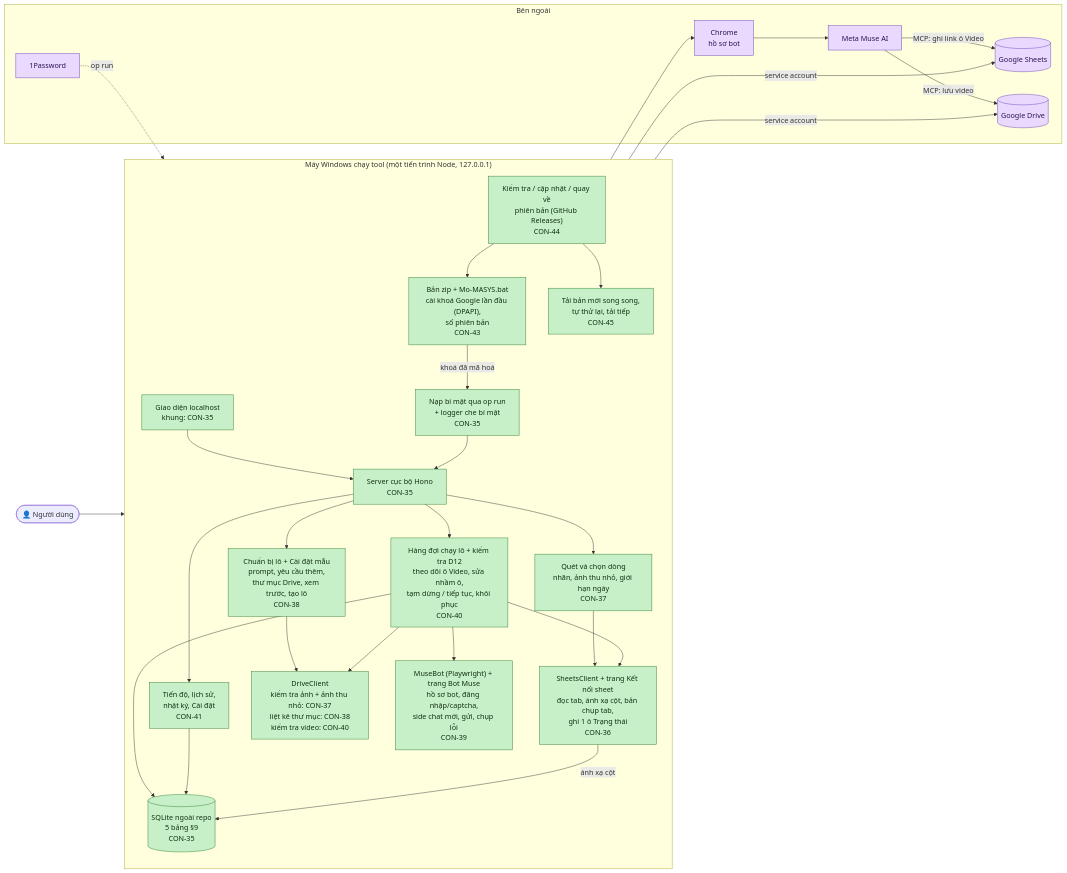
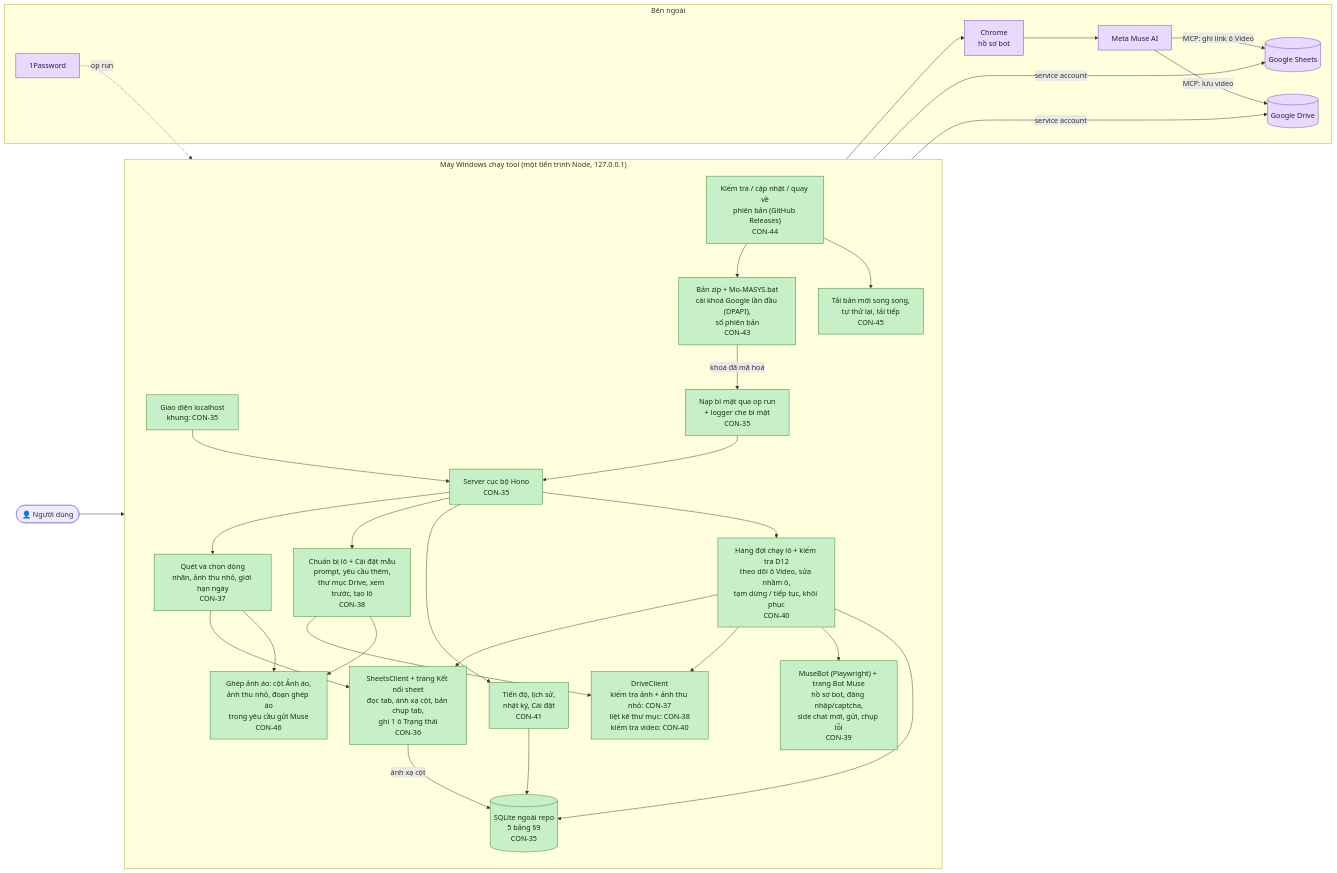
One commit to Bach1711/MASYS-VIDEO-GENERATOR changed the diagram in TIEN-DO.md. Above: the diagram before and after it, drawn with Mermaid. The commit also changed other lines of this file and 26 other files, not shown here.

First line of the commit message:
CON-46: v1.1.0 — ghép ảnh áo vào ảnh người mẫu rồi tạo video (#14)

````diff
--- a/TIEN-DO.md
+++ b/TIEN-DO.md
@@ -17,66 +17,70 @@
 ```mermaid
 flowchart LR
     user(["👤 Người dùng"])
 
     subgraph PC["Máy Windows chạy tool (một tiến trình Node, 127.0.0.1)"]
         direction TB
         ui["Giao diện localhost<br/>khung: CON-35"]
         server["Server cục bộ Hono<br/>CON-35"]
         secrets["Nạp bí mật qua op run<br/>+ logger che bí mật<br/>CON-35"]
         db[("SQLite ngoài repo<br/>5 bảng §9<br/>CON-35")]
 
         sheet["SheetsClient + trang Kết nối sheet<br/>đọc tab, ánh xạ cột, bản chụp tab,<br/>ghi 1 ô Trạng thái<br/>CON-36"]
         scan["Quét và chọn dòng<br/>nhãn, ảnh thu nhỏ, giới hạn ngày<br/>CON-37"]
         editor["Chuẩn bị lô + Cài đặt mẫu<br/>prompt, yêu cầu thêm,<br/>thư mục Drive, xem trước, tạo lô<br/>CON-38"]
         bot["MuseBot (Playwright) + trang Bot Muse<br/>hồ sơ bot, đăng nhập/captcha,<br/>side chat mới, gửi, chụp lỗi<br/>CON-39"]
         queue["Hàng đợi chạy lô + kiểm tra D12<br/>theo dõi ô Video, sửa nhầm ô,<br/>tạm dừng / tiếp tục, khôi phục<br/>CON-40"]
         drive["DriveClient<br/>kiểm tra ảnh + ảnh thu nhỏ: CON-37<br/>liệt kê thư mục: CON-38<br/>kiểm tra video: CON-40"]
         progress["Tiến độ, lịch sử,<br/>nhật ký, Cài đặt<br/>CON-41"]
         pack["Bản zip + Mo-MASYS.bat<br/>cài khoá Google lần đầu (DPAPI),<br/>số phiên bản<br/>CON-43"]
         update["Kiểm tra / cập nhật / quay về<br/>phiên bản (GitHub Releases)<br/>CON-44"]
         download["Tải bản mới song song,<br/>tự thử lại, tải tiếp<br/>CON-45"]
+        shirt["Ghép ảnh áo: cột Ảnh áo,<br/>ảnh thu nhỏ, đoạn ghép áo<br/>trong yêu cầu gửi Muse<br/>CON-46"]
     end
 
     subgraph EXT["Bên ngoài"]
         gsheets[("Google Sheets")]
         gdrive[("Google Drive")]
         chrome["Chrome<br/>hồ sơ bot"]
         muse["Meta Muse AI"]
         op["1Password"]
     end
 
     user --> ui --> server
     server --> scan & editor & progress
     scan --> sheet
     editor --> drive
     server --> queue
     queue --> sheet & drive & bot
     queue --> db
     progress --> db
     sheet -- "ánh xạ cột" --> db
     sheet -- "service account" --> gsheets
     drive -- "service account" --> gdrive
     bot --> chrome --> muse
     muse -- "MCP: lưu video" --> gdrive
     muse -- "MCP: ghi link ô Video" --> gsheets
     op -. "op run" .-> secrets --> server
     pack -- "khoá đã mã hoá" --> secrets
     update --> pack
     update --> download
+    scan --> shirt
+    editor --> shirt
 
     classDef done fill:#c8f0c8,stroke:#2e7d32,color:#10300f
     classDef review fill:#cfe3ff,stroke:#1f5fbf,color:#0c2550
     classDef doing fill:#fff1b8,stroke:#b38600,color:#3d2e00
     classDef todo fill:#eeeeee,stroke:#9e9e9e,color:#333333
     classDef ext fill:#ead9ff,stroke:#6a3fb5,color:#2a1250
 
     class ui,server,secrets,db,sheet,scan,editor done
     class drive done
     class bot done
     class queue done
     class progress done
     class pack done
     class update done
     class download done
+    class shirt done
     class gsheets,gdrive,chrome,muse,op ext
 ```
````
